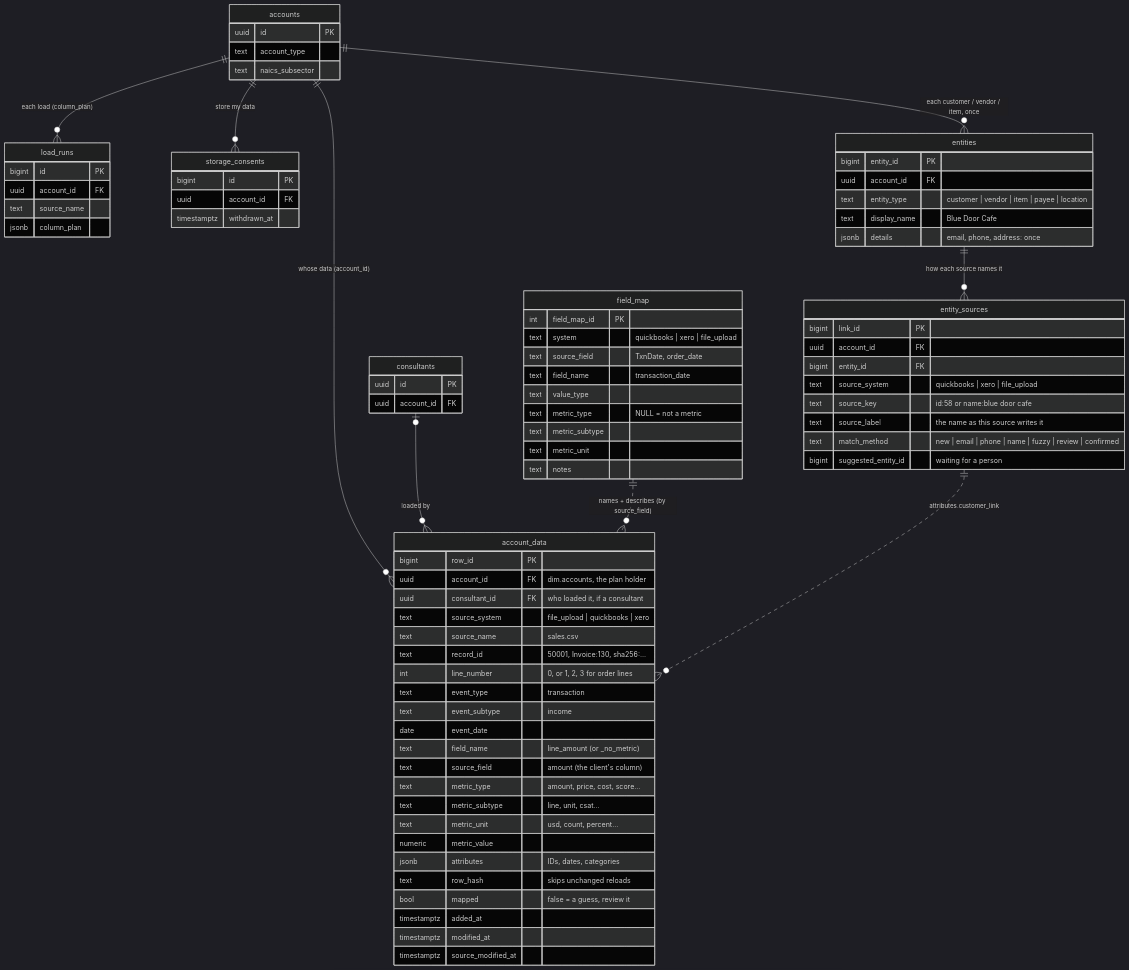
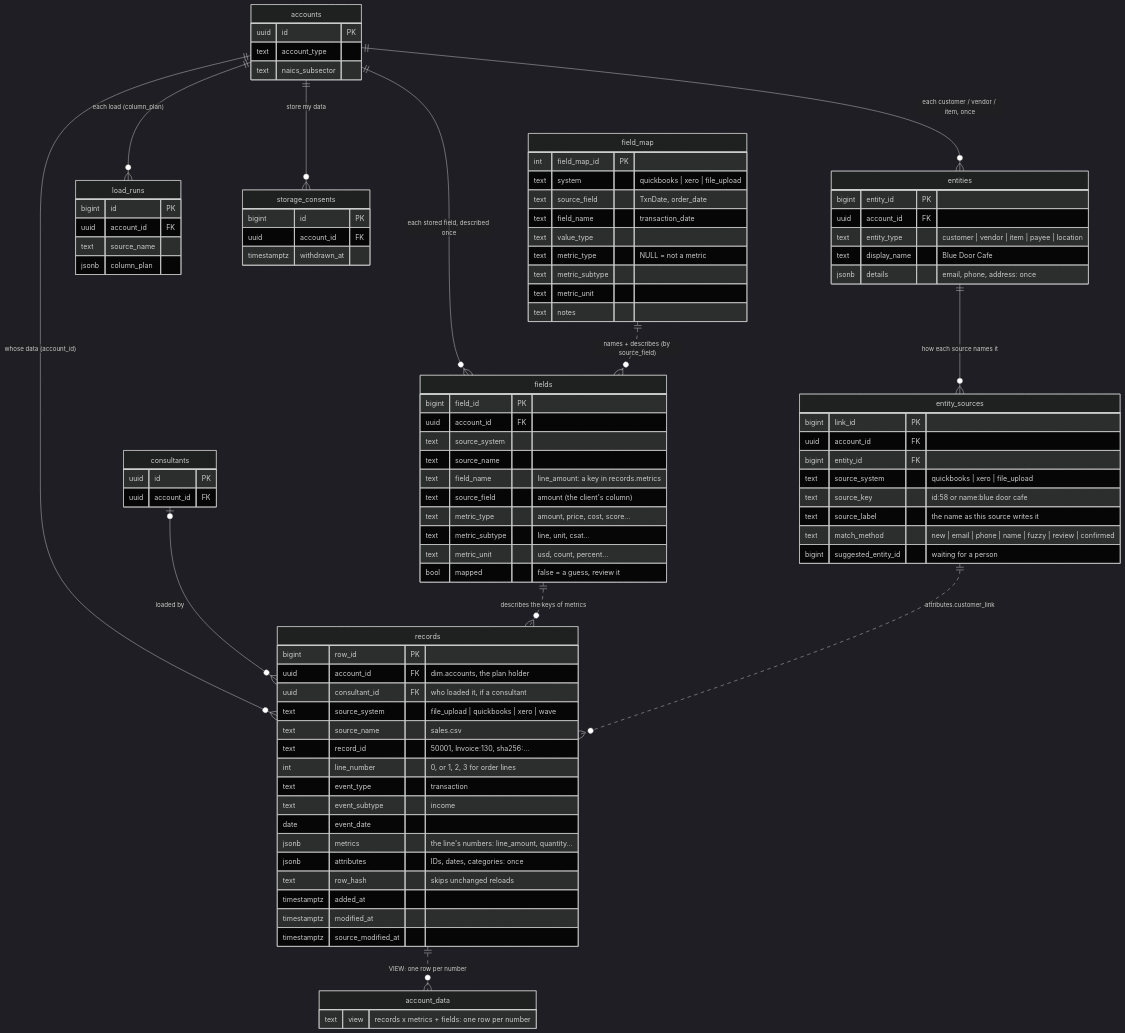
The diagram in docs/DATA_MODEL.md (b-i-king/Data-Consulting-Platform), drawn with Mermaid (dark theme) before and after one commit. The commit also changed other lines of this file and 78 other files, not shown here.

````diff
--- a/docs/DATA_MODEL.md
+++ b/docs/DATA_MODEL.md
@@ -60,37 +83,49 @@
 ```mermaid
 erDiagram
-    accounts ||--o{ account_data : "whose data (account_id)"
-    consultants |o--o{ account_data : "loaded by"
-    field_map ||..o{ account_data : "names + describes (by source_field)"
+    accounts ||--o{ records : "whose data (account_id)"
+    consultants |o--o{ records : "loaded by"
+    accounts ||--o{ fields : "each stored field, described once"
+    fields ||..o{ records : "describes the keys of metrics"
+    field_map ||..o{ fields : "names + describes (by source_field)"
+    records ||..o{ account_data : "VIEW: one row per number"
     accounts ||--o{ load_runs : "each load (column_plan)"
     accounts ||--o{ storage_consents : "store my data"
     accounts ||--o{ entities : "each customer / vendor / item, once"
     entities ||--o{ entity_sources : "how each source names it"
-    entity_sources ||..o{ account_data : "attributes.customer_link"
+    entity_sources ||..o{ records : "attributes.customer_link"
 
-    account_data {
+    records {
         bigint row_id PK
         uuid account_id FK "dim.accounts, the plan holder"
         uuid consultant_id FK "who loaded it, if a consultant"
-        text source_system "file_upload | quickbooks | xero"
+        text source_system "file_upload | quickbooks | xero | wave"
         text source_name "sales.csv"
         text record_id "50001, Invoice:130, sha256:..."
         int line_number "0, or 1, 2, 3 for order lines"
         text event_type "transaction"
         text event_subtype "income"
         date event_date
-        text field_name "line_amount (or _no_metric)"
+        jsonb metrics "the line's numbers: line_amount, quantity..."
+        jsonb attributes "IDs, dates, categories: once"
+        text row_hash "skips unchanged reloads"
+        timestamptz added_at
+        timestamptz modified_at
+        timestamptz source_modified_at
+    }
+    fields {
+        bigint field_id PK
+        uuid account_id FK
+        text source_system
+        text source_name
+        text field_name "line_amount: a key in records.metrics"
         text source_field "amount (the client's column)"
         text metric_type "amount, price, cost, score..."
         text metric_subtype "line, unit, csat..."
         text metric_unit "usd, count, percent..."
-        numeric metric_value
-        jsonb attributes "IDs, dates, categories"
-        text row_hash "skips unchanged reloads"
         bool mapped "false = a guess, review it"
-        timestamptz added_at
-        timestamptz modified_at
-        timestamptz source_modified_at
+    }
+    account_data {
+        text view "records x metrics + fields: one row per number"
     }
     field_map {
         int field_map_id PK
````
